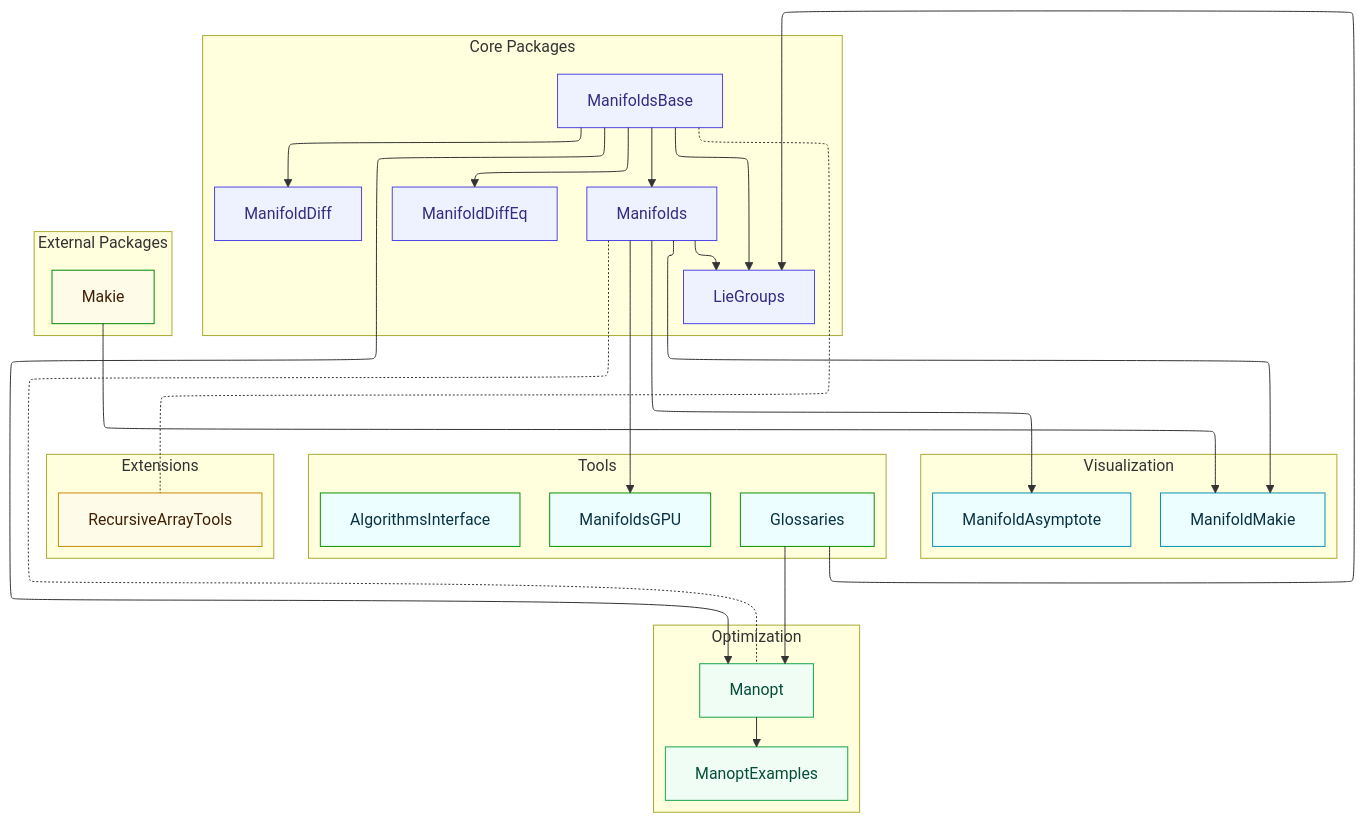
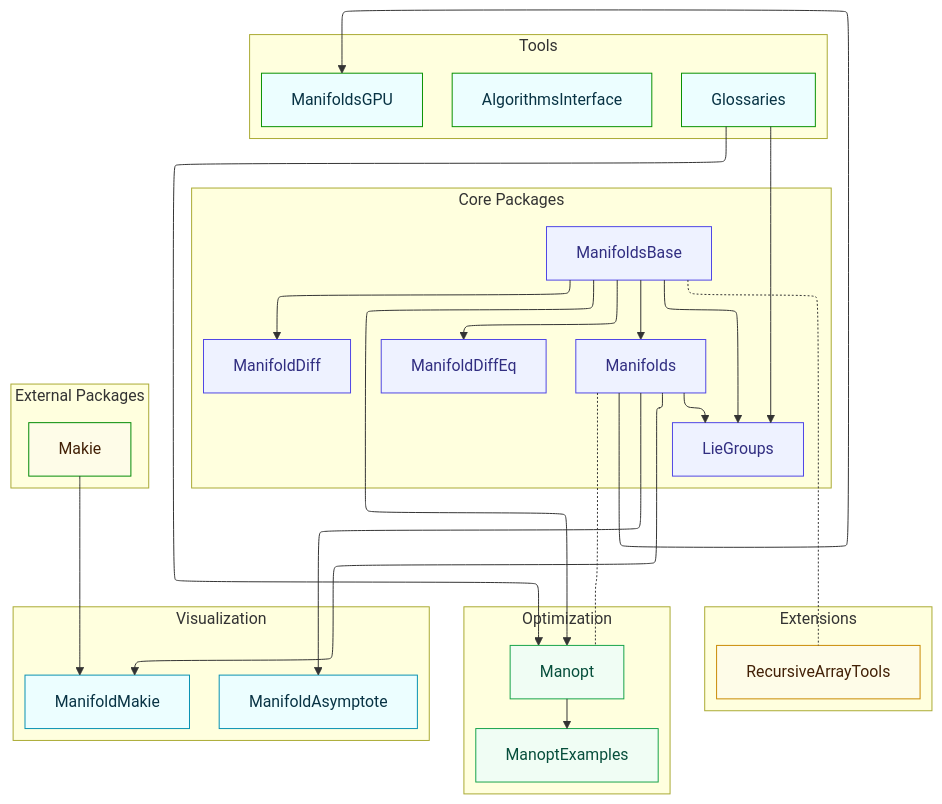
One commit to JuliaManifolds/juliamanifolds.github.io changed the diagram in docs/src/index.md. Above: the diagram before and after it, drawn with Mermaid.

Commit message:
trying a few more things.

````diff
--- a/docs/src/index.md
+++ b/docs/src/index.md
@@ -3,58 +3,59 @@
 ```mermaid
 %%{init: {"layout":"elk"}}%%
 flowchart TB
     %% -------------------------------------------------------------
     %% 1️⃣  Clusters – each gets its own colour via a class definition
     %% -------------------------------------------------------------
     classDef core        stroke:#4f46e5,fill:#eef2ff,color:#312e81;
     classDef optim       stroke:#16a34a,fill:#f0fdf4,color:#064e3b;
     classDef vis         stroke:#0891b2,fill:#ecfeff,color:#083344;
     classDef tool         stroke:#089100,fill:#ecfeff,color:#083344;
     classDef extend      stroke:#ca8a04,fill:#fefce8,color:#422006;
     classDef ext        stroke:#008a04,fill:#fefce8,color:#422006;
 
+    subgraph Tools["Tools"]
+        direction LR
+        G[Glossaries]:::tool
+        AI[AlgorithmsInterface]:::tool
+        MGPU[ManifoldsGPU]:::tool
+    end
+    subgraph Extensions["Extensions"]
+        RAT[RecursiveArrayTools]:::extend
+    end
     subgraph Core["Core Packages"]
         direction TB
         MB[ManifoldsBase]:::core
         M[Manifolds]:::core
         MD[ManifoldDiff]:::core
         MDE[ManifoldDiffEq]:::core
         LG[LieGroups]:::core
     end
     MB --> LG
     MB --> M
     MB --> MD
     MB --> MDE
     M --> LG
     subgraph Optimization["Optimization"]
         direction LR
         MO[Manopt]:::optim
         MOE[ManoptExamples]:::optim
         MO --> MOE
     end
     MB --> MO
     M -...- MO
     subgraph Visualisation["Visualization"]
         MA[ManifoldAsymptote]:::vis
         MM[ManifoldMakie]:::vis
     end
     M --> MA
     M --> MM
-    subgraph Tools["Tools"]
-        direction TB
-        G[Glossaries]:::tool
-        AI[AlgorithmsInterface]:::tool
-        MGPU[ManifoldsGPU]:::tool
-    end
+
     G --> MO
     G --> LG
     M --> MGPU
-    subgraph Extensions["Extensions"]
-        RAT[RecursiveArrayTools]:::extend
-    end
     MB -...- RAT
     subgraph External["External Packages"]
         Makie[Makie]:::ext
     end
     Makie --> MM
 ```
````
